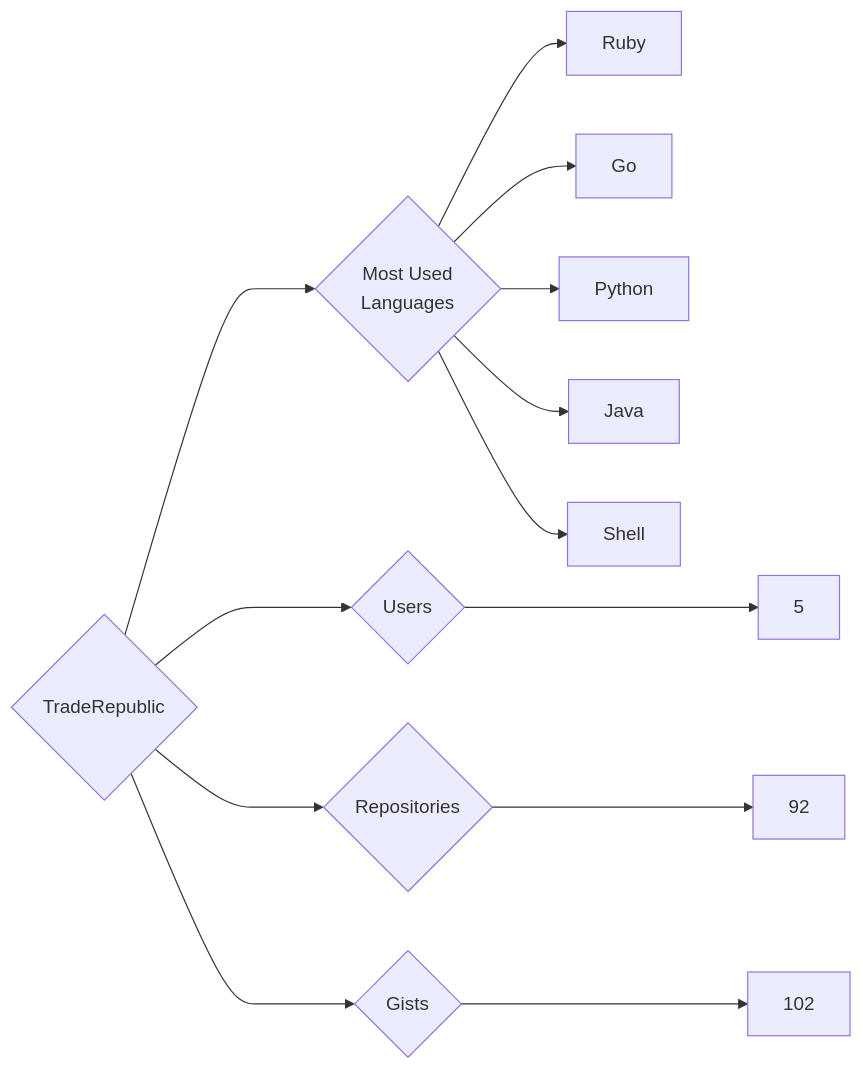
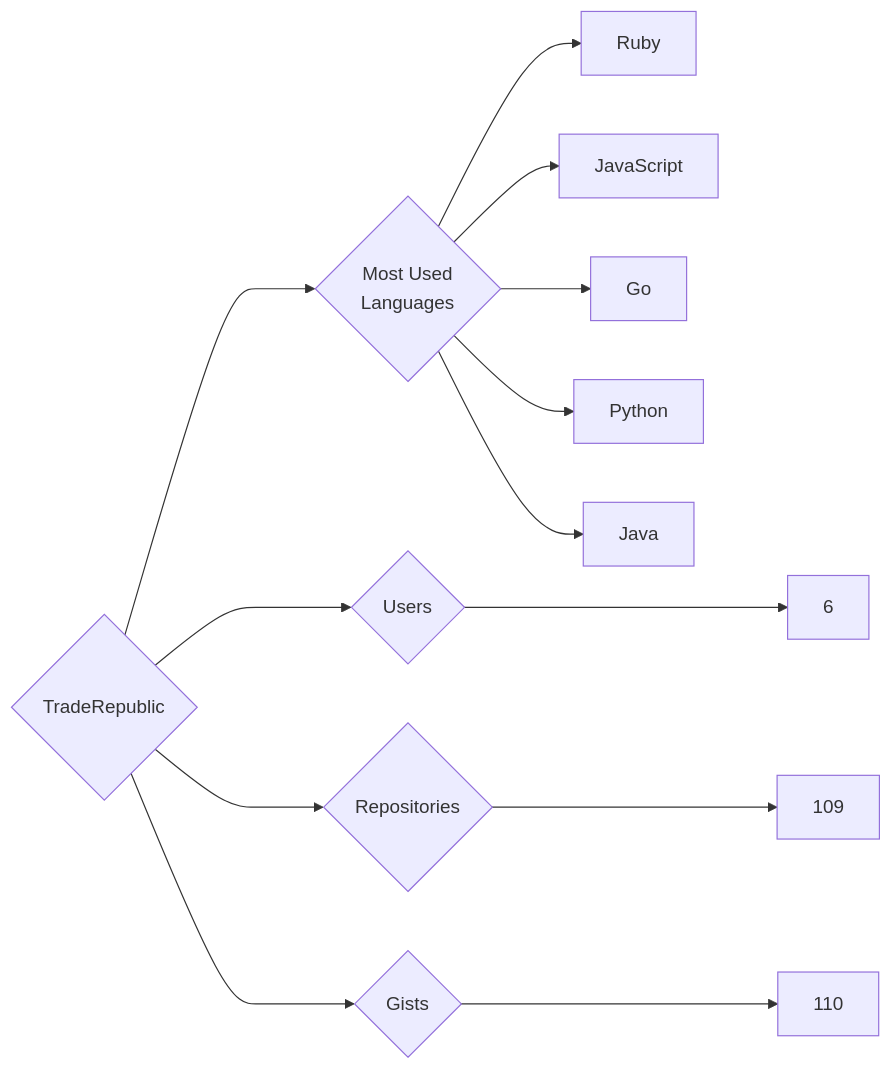
Before and after one commit to trickest/insiders: the diagram in targets/TradeRepublic/README.md, drawn with Mermaid. The commit also changed 770 other files, not shown here.

````diff
--- a/targets/TradeRepublic/README.md
+++ b/targets/TradeRepublic/README.md
@@ -3,13 +3,13 @@
 ```mermaid
 graph LR
 COMPANY_NAME{TradeRepublic}
-COMPANY_NAME ---> U{Users} ---> UN[5]
-COMPANY_NAME ---> R{Repositories} ---> RN[92]
-COMPANY_NAME ---> G{Gists} ---> GN[102]
+COMPANY_NAME ---> U{Users} ---> UN[6]
+COMPANY_NAME ---> R{Repositories} ---> RN[109]
+COMPANY_NAME ---> G{Gists} ---> GN[110]
 COMPANY_NAME ---> ML{Most Used<br>Languages}
 ML --> Ruby[Ruby]
+ML --> JavaScript[JavaScript]
 ML --> Go[Go]
 ML --> Python[Python]
 ML --> Java[Java]
-ML --> Shell[Shell]
 ```
````
